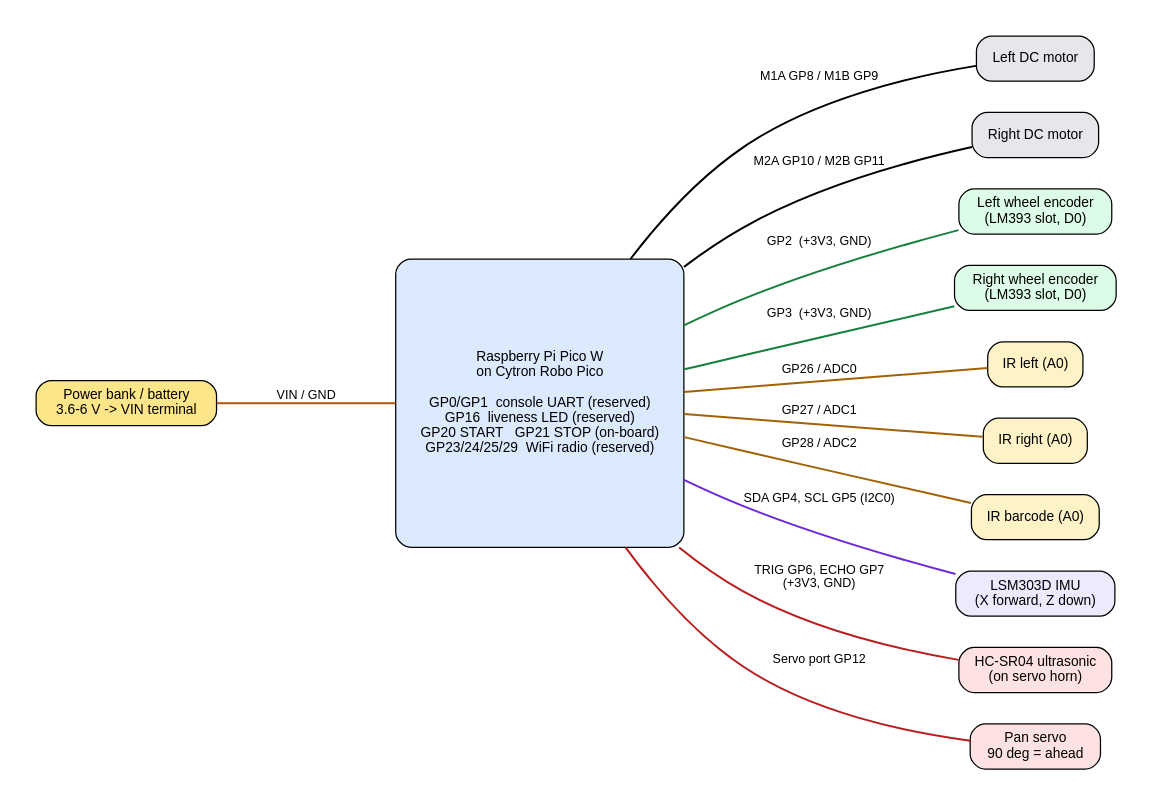
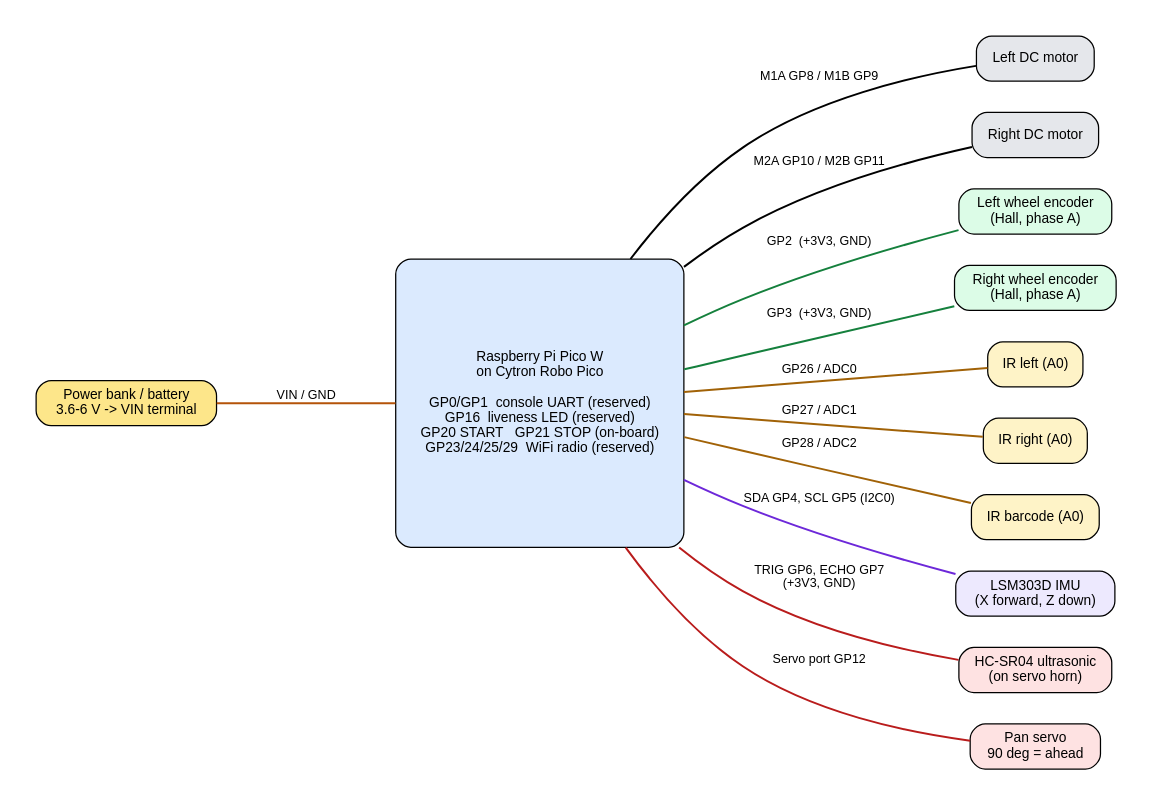
The diagram in docs/img/wiring.dot (lennoly/INF2004_Grp5), drawn with Graphviz before and after one commit. The commit also changed 18 other files, not shown here.

```diff
--- a/docs/img/wiring.dot
+++ b/docs/img/wiring.dot
@@ -1,20 +1,20 @@
 graph W {
   graph [rankdir=LR, bgcolor=white, fontname="Helvetica", nodesep=0.35, ranksep=1.3, pad=0.3];
   node  [shape=box, style="rounded,filled", fontname="Helvetica", fontsize=11];
   edge  [fontname="Helvetica", fontsize=10, penwidth=1.6];
   pico [label="Raspberry Pi Pico W\non Cytron Robo Pico\n\nGP0/GP1  console UART (reserved)\nGP16  liveness LED (reserved)\nGP20 START   GP21 STOP (on-board)\nGP23/24/25/29  WiFi radio (reserved)", fillcolor="#dbeafe", height=3.2, width=3.2];
   bat  [label="Power bank / battery\n3.6-6 V -> VIN terminal", fillcolor="#fde68a"];
   ml [label="Left DC motor",  fillcolor="#e5e7eb"]; mr [label="Right DC motor", fillcolor="#e5e7eb"];
-  el [label="Left wheel encoder\n(LM393 slot, D0)", fillcolor="#dcfce7"]; er [label="Right wheel encoder\n(LM393 slot, D0)", fillcolor="#dcfce7"];
+  el [label="Left wheel encoder\n(Hall, phase A)", fillcolor="#dcfce7"]; er [label="Right wheel encoder\n(Hall, phase A)", fillcolor="#dcfce7"];
   irl [label="IR left (A0)", fillcolor="#fef3c7"]; irr [label="IR right (A0)", fillcolor="#fef3c7"]; irb [label="IR barcode (A0)", fillcolor="#fef3c7"];
   imu [label="LSM303D IMU\n(X forward, Z down)", fillcolor="#ede9fe"];
   us  [label="HC-SR04 ultrasonic\n(on servo horn)", fillcolor="#fee2e2"];
   sv  [label="Pan servo\n90 deg = ahead", fillcolor="#fee2e2"];
   bat -- pico [label="VIN / GND", color="#b45309"];
   pico -- ml [label="M1A GP8 / M1B GP9"]; pico -- mr [label="M2A GP10 / M2B GP11"];
   pico -- el [label="GP2  (+3V3, GND)", color="#15803d"]; pico -- er [label="GP3  (+3V3, GND)", color="#15803d"];
   pico -- irl [label="GP26 / ADC0", color="#a16207"]; pico -- irr [label="GP27 / ADC1", color="#a16207"]; pico -- irb [label="GP28 / ADC2", color="#a16207"];
   pico -- imu [label="SDA GP4, SCL GP5 (I2C0)", color="#6d28d9"];
   pico -- us [label="TRIG GP6, ECHO GP7\n(+3V3, GND)", color="#b91c1c"];
   pico -- sv [label="Servo port GP12", color="#b91c1c"];
 }
```
